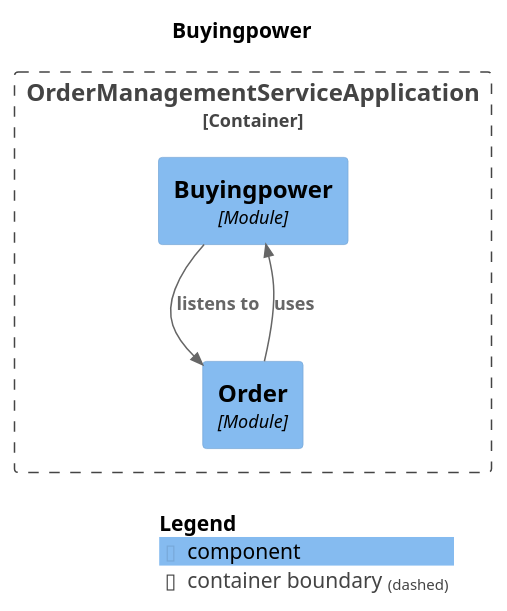
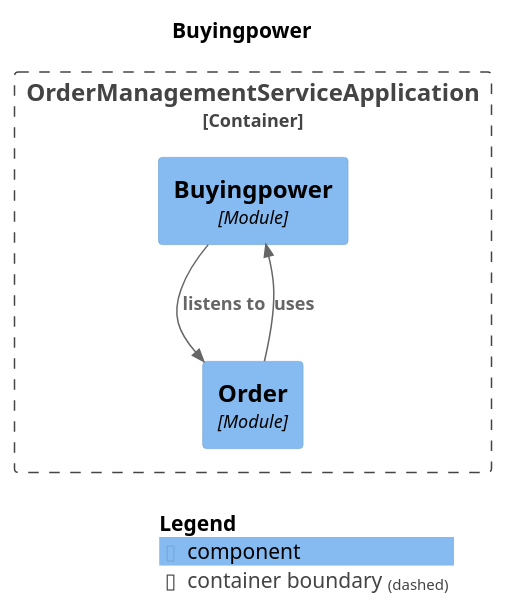
The diagram in spring-modulith-docs/module-buyingpower.puml (NosearY/order-management-service-reference-implementation), drawn with PlantUML before and after one commit. The commit also changed other lines of this file and 36 other files, not shown here.

```diff
--- a/spring-modulith-docs/module-buyingpower.puml
+++ b/spring-modulith-docs/module-buyingpower.puml
@@ -1,20 +1,20 @@
 @startuml
 set separator none
 title Buyingpower
 
 top to bottom direction
 
 !include <C4/C4>
 !include <C4/C4_Context>
 !include <C4/C4_Component>
 
 Container_Boundary("OrderManagementServiceApplication.OrderManagementServiceApplication_boundary", "OrderManagementServiceApplication", $tags="") {
   Component(OrderManagementServiceApplication.OrderManagementServiceApplication.Buyingpower, "Buyingpower", $techn="Module", $descr="", $tags="", $link="")
   Component(OrderManagementServiceApplication.OrderManagementServiceApplication.Order, "Order", $techn="Module", $descr="", $tags="", $link="")
 }
 
+Rel(OrderManagementServiceApplication.OrderManagementServiceApplication.Buyingpower, OrderManagementServiceApplication.OrderManagementServiceApplication.Order, "listens to", $techn="", $tags="", $link="")
 Rel(OrderManagementServiceApplication.OrderManagementServiceApplication.Order, OrderManagementServiceApplication.OrderManagementServiceApplication.Buyingpower, "uses", $techn="", $tags="", $link="")
-Rel(OrderManagementServiceApplication.OrderManagementServiceApplication.Buyingpower, OrderManagementServiceApplication.OrderManagementServiceApplication.Order, "listens to", $techn="", $tags="", $link="")
 
 SHOW_LEGEND(true)
 @enduml
```
